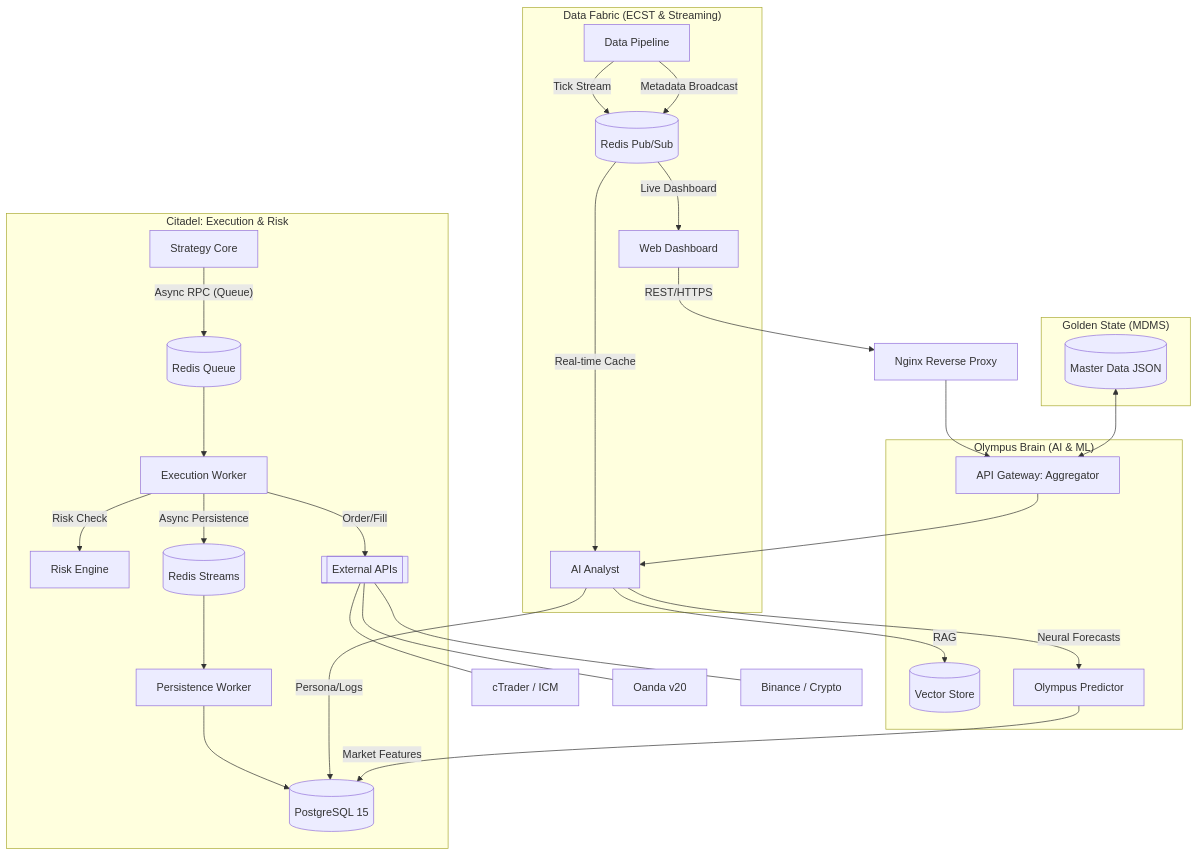
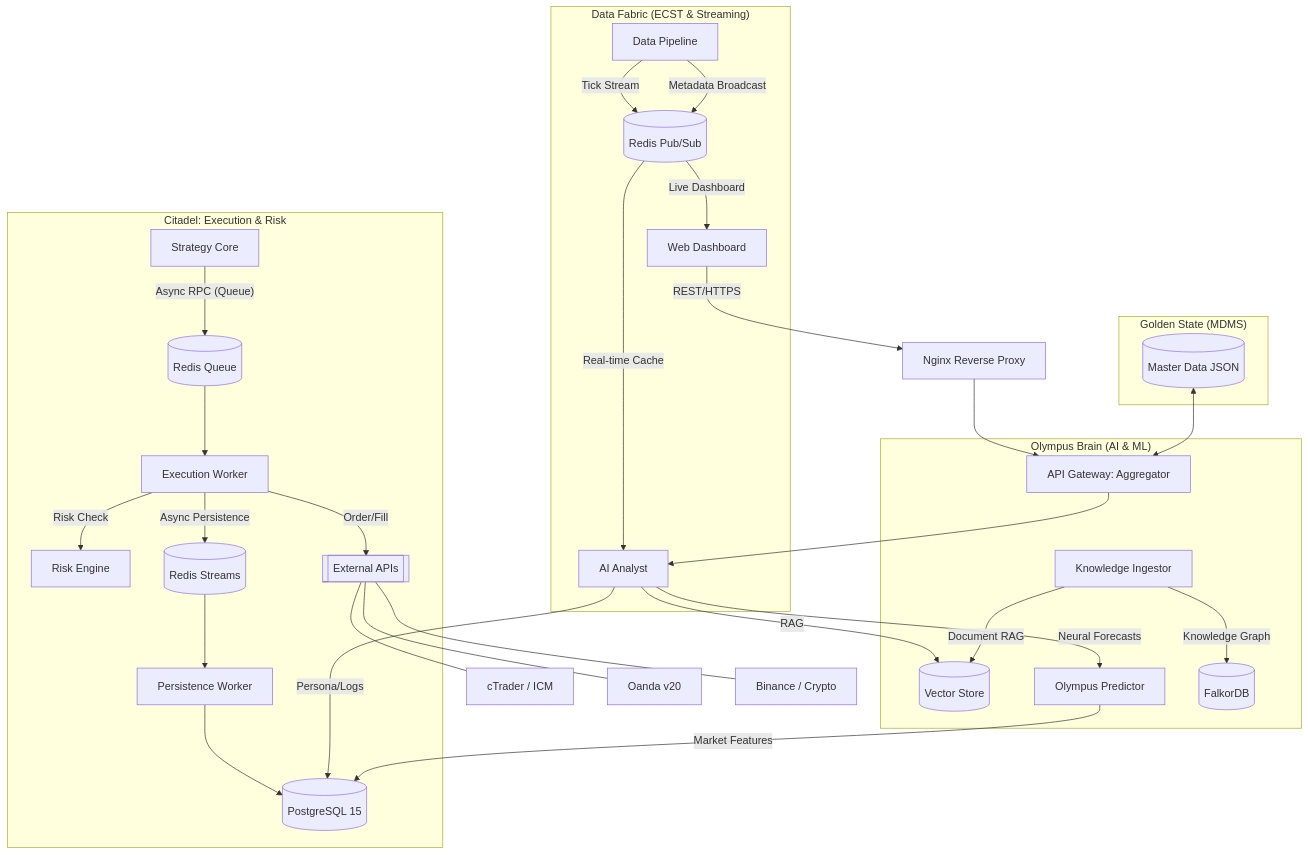
Before and after one commit to damrongsak/mtf-trading-system: the first of 2 diagrams in specs/01_architecture.md, drawn with Mermaid. The commit also changed other lines of this file and 43 other files, not shown here.

Commit message:
feat(ingestor): rename to knowledge-ingestor, integrate into system, and migrate llm calls to async

````diff
--- a/specs/01_architecture.md
+++ b/specs/01_architecture.md
@@ -9,38 +9,40 @@
 ```mermaid
 graph TD
     User[Web Dashboard] -->|REST/HTTPS| Nginx[Nginx Reverse Proxy]
     Nginx --> Gateway[API Gateway: Aggregator]
 
     subgraph "Data Fabric (ECST & Streaming)"
         Data[Data Pipeline] -->|Tick Stream| PubSub[(Redis Pub/Sub)]
         Data -->|Metadata Broadcast| PubSub
         PubSub -->|Real-time Cache| AI[AI Analyst]
         PubSub -->|Live Dashboard| User
     end
 
     subgraph "Citadel: Execution & Risk"
         Strategy[Strategy Core] -- "Async RPC (Queue)" --> Queue[(Redis Queue)]
         Queue --> Worker[Execution Worker]
         Worker -->|Risk Check| Risk[Risk Engine]
         Worker -->|Order/Fill| Brokers[[External APIs]]
         Worker -->|Async Persistence| Stream[(Redis Streams)]
         Stream --> Persist[Persistence Worker]
         Persist --> DB[(PostgreSQL 15)]
     end
 
     subgraph "Olympus Brain (AI & ML)"
         Gateway --> AI
         AI -->|RAG| Qdrant[(Vector Store)]
         AI -->|Neural Forecasts| ML[Olympus Predictor]
         AI -->|Persona/Logs| DB
         ML -->|Market Features| DB
+        KI[Knowledge Ingestor] -->|Document RAG| Qdrant
+        KI -->|Knowledge Graph| Falkor[(FalkorDB)]
     end
 
     subgraph "Golden State (MDMS)"
         JSON[(Master Data JSON)] <--> Gateway
     end
 
     Brokers --- cTraderAPI[cTrader / ICM]
     Brokers --- OandaAPI[Oanda v20]
     Brokers --- BinanceAPI[Binance / Crypto]
 ```
````
